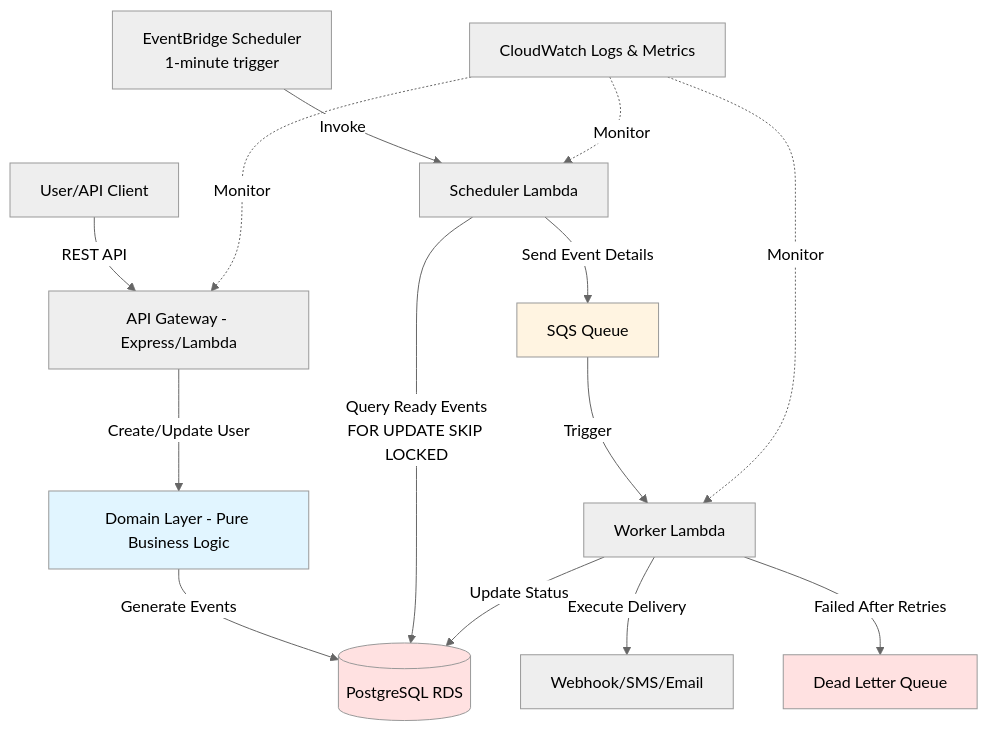
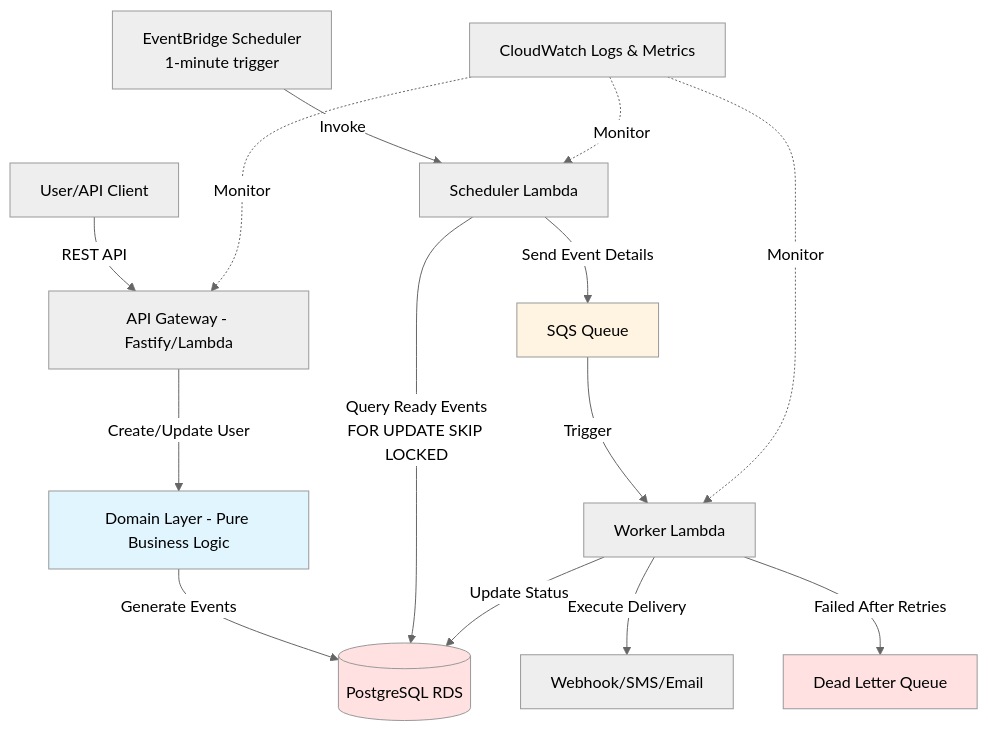
One commit to pradok/events-scheduler changed the diagram in docs/architecture.md. Above: the diagram before and after it, drawn with Mermaid (neutral theme). The commit also changed other lines of this file and 9 other files, not shown here.

````diff
--- a/docs/architecture.md
+++ b/docs/architecture.md
@@ -86,25 +86,25 @@
 ```mermaid
 graph TB
-    User[User/API Client] -->|REST API| API[API Gateway - Express/Lambda]
+    User[User/API Client] -->|REST API| API[API Gateway - Fastify/Lambda]
     API -->|Create/Update User| Domain[Domain Layer - Pure Business Logic]
     Domain -->|Generate Events| DB[(PostgreSQL RDS)]
 
     EB[EventBridge Scheduler<br/>1-minute trigger] -->|Invoke| Scheduler[Scheduler Lambda]
     Scheduler -->|Query Ready Events<br/>FOR UPDATE SKIP LOCKED| DB
     Scheduler -->|Send Event Details| SQS[SQS Queue]
 
     SQS -->|Trigger| Worker[Worker Lambda]
     Worker -->|Execute Delivery| Webhook[Webhook/SMS/Email]
     Worker -->|Update Status| DB
 
     Worker -->|Failed After Retries| DLQ[Dead Letter Queue]
 
     CW[CloudWatch Logs & Metrics] -.->|Monitor| Scheduler
     CW -.->|Monitor| Worker
     CW -.->|Monitor| API
 
     style Domain fill:#e1f5ff
     style DB fill:#ffe1e1
     style SQS fill:#fff4e1
     style DLQ fill:#ffe1e1
 ```
````
